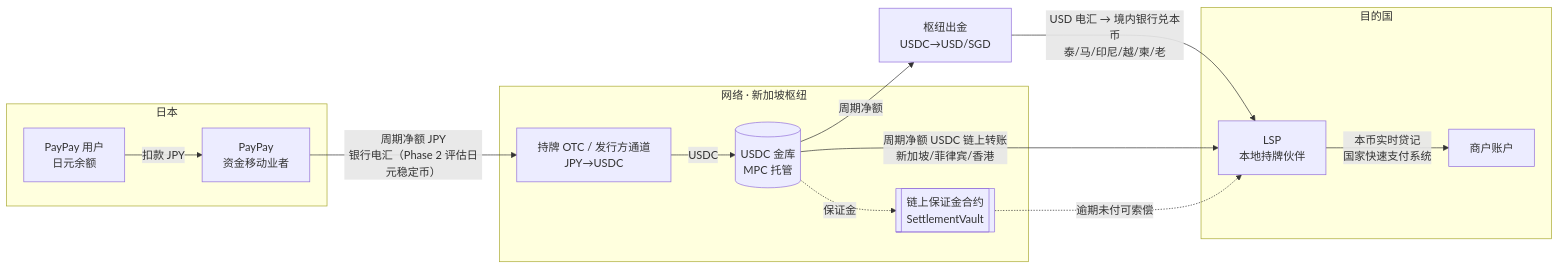
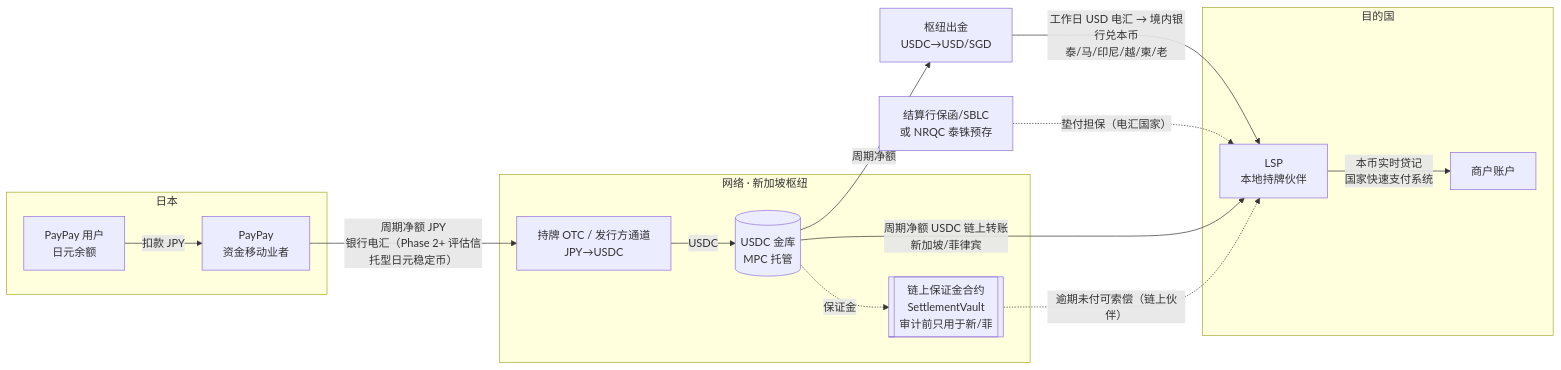
The diagram in docs/04-stablecoin-settlement.md (inspiryroy/roy), drawn with Mermaid before and after one commit. The commit also changed other lines of this file and 12 other files, not shown here.

````diff
--- a/docs/04-stablecoin-settlement.md
+++ b/docs/04-stablecoin-settlement.md
@@ -33,21 +35,22 @@
 ```mermaid
 flowchart LR
     subgraph JP[日本]
       U[PayPay 用户<br/>日元余额] -->|扣款 JPY| PP[PayPay<br/>资金移动业者]
     end
     subgraph NET[网络 · 新加坡枢纽]
       T[(USDC 金库<br/>MPC 托管)]
-      V[[链上保证金合约<br/>SettlementVault]]
+      V[[链上保证金合约<br/>SettlementVault<br/>审计前只用于新/菲]]
       LPJ[持牌 OTC / 发行方通道<br/>JPY→USDC]
     end
     subgraph SEA[目的国]
       L[LSP<br/>本地持牌伙伴] -->|本币实时贷记<br/>国家快速支付系统| S[商户账户]
     end
-    OFF[枢纽出金<br/>USDC→USD/SGD] -->|USD 电汇 → 境内银行兑本币<br/>泰/马/印尼/越/柬/老| L
-    PP -->|周期净额 JPY<br/>银行电汇（Phase 2 评估日元稳定币）| LPJ
+    OFF[枢纽出金<br/>USDC→USD/SGD] -->|工作日 USD 电汇 → 境内银行兑本币<br/>泰/马/印尼/越/柬/老| L
+    BG[结算行保函/SBLC<br/>或 NRQC 泰铢预存] -.垫付担保（电汇国家）.-> L
+    PP -->|周期净额 JPY<br/>银行电汇（Phase 2+ 评估信托型日元稳定币）| LPJ
     LPJ -->|USDC| T
-    T -->|周期净额 USDC 链上转账<br/>新加坡/菲律宾/香港| L
+    T -->|周期净额 USDC 链上转账<br/>新加坡/菲律宾| L
     T -->|周期净额| OFF
     T -.保证金.-> V
-    V -.逾期未付可索偿.-> L
+    V -.逾期未付可索偿（链上伙伴）.-> L
 ```
````
